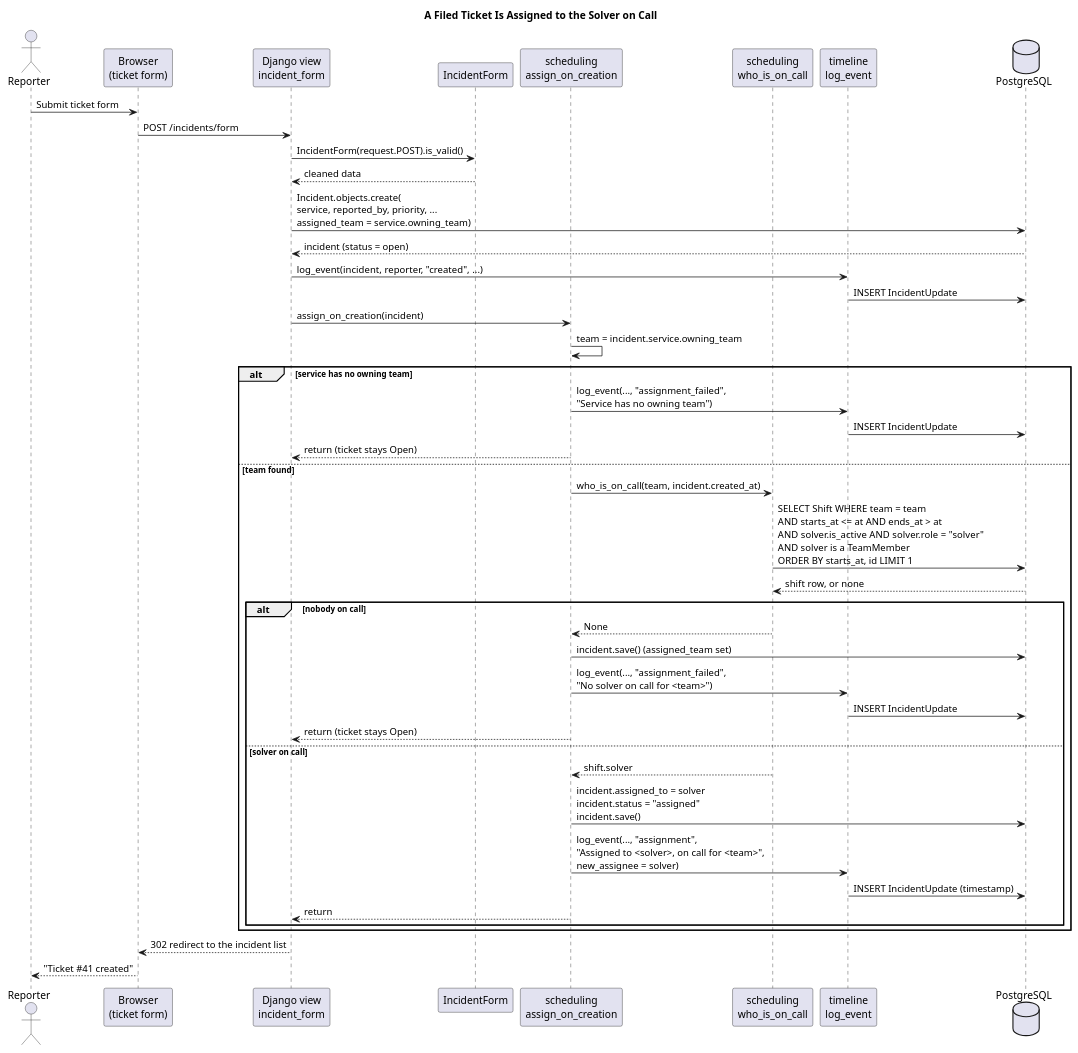
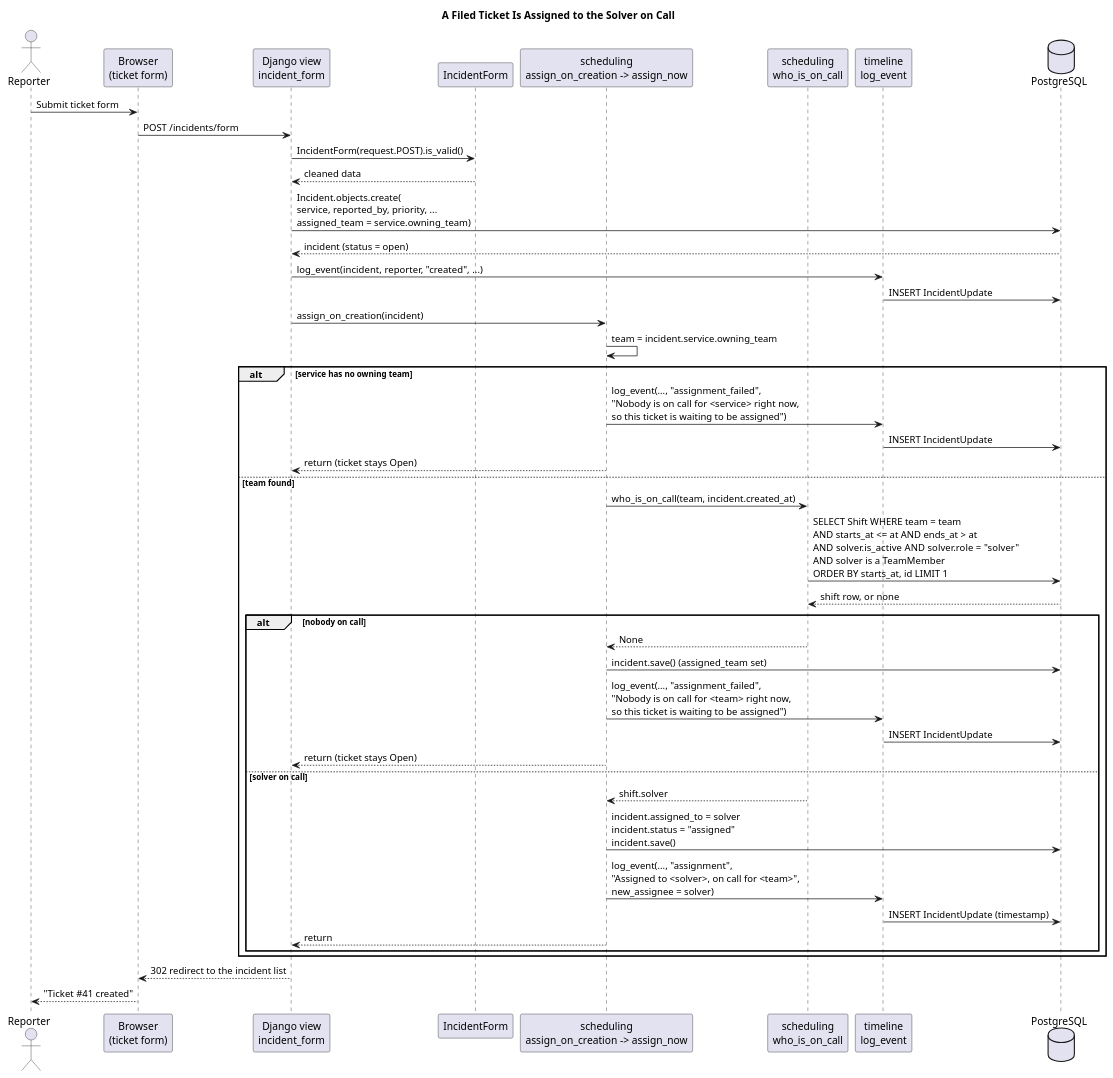
Before and after one commit to ZiedRbd/COSC-3339-Fall-2026-Term-Project: the diagram in docs/assignment-sequence.puml, drawn with PlantUML.

Commit message:
Assignment sequence diagram uses the current timeline wording and names assign_now

```diff
--- a/docs/assignment-sequence.puml
+++ b/docs/assignment-sequence.puml
@@ -1,49 +1,49 @@
 @startuml
 title A Filed Ticket Is Assigned to the Solver on Call
 
 actor Reporter
 participant "Browser\n(ticket form)" as Browser
 participant "Django view\nincident_form" as View
 participant "IncidentForm" as Form
-participant "scheduling\nassign_on_creation" as Assign
+participant "scheduling\nassign_on_creation -> assign_now" as Assign
 participant "scheduling\nwho_is_on_call" as OnCall
 participant "timeline\nlog_event" as Log
 database "PostgreSQL" as DB
 
 Reporter -> Browser : Submit ticket form
 Browser -> View : POST /incidents/form
 View -> Form : IncidentForm(request.POST).is_valid()
 Form --> View : cleaned data
 View -> DB : Incident.objects.create(\nservice, reported_by, priority, ...\nassigned_team = service.owning_team)
 DB --> View : incident (status = open)
 View -> Log : log_event(incident, reporter, "created", ...)
 Log -> DB : INSERT IncidentUpdate
 View -> Assign : assign_on_creation(incident)
 
 Assign -> Assign : team = incident.service.owning_team
 alt service has no owning team
-  Assign -> Log : log_event(..., "assignment_failed",\n"Service has no owning team")
+  Assign -> Log : log_event(..., "assignment_failed",\n"Nobody is on call for <service> right now,\nso this ticket is waiting to be assigned")
   Log -> DB : INSERT IncidentUpdate
   Assign --> View : return (ticket stays Open)
 else team found
   Assign -> OnCall : who_is_on_call(team, incident.created_at)
   OnCall -> DB : SELECT Shift WHERE team = team\nAND starts_at <= at AND ends_at > at\nAND solver.is_active AND solver.role = "solver"\nAND solver is a TeamMember\nORDER BY starts_at, id LIMIT 1
   DB --> OnCall : shift row, or none
   alt nobody on call
     OnCall --> Assign : None
     Assign -> DB : incident.save() (assigned_team set)
-    Assign -> Log : log_event(..., "assignment_failed",\n"No solver on call for <team>")
+    Assign -> Log : log_event(..., "assignment_failed",\n"Nobody is on call for <team> right now,\nso this ticket is waiting to be assigned")
     Log -> DB : INSERT IncidentUpdate
     Assign --> View : return (ticket stays Open)
   else solver on call
     OnCall --> Assign : shift.solver
     Assign -> DB : incident.assigned_to = solver\nincident.status = "assigned"\nincident.save()
     Assign -> Log : log_event(..., "assignment",\n"Assigned to <solver>, on call for <team>",\nnew_assignee = solver)
     Log -> DB : INSERT IncidentUpdate (timestamp)
     Assign --> View : return
   end
 end
 
 View --> Browser : 302 redirect to the incident list
 Browser --> Reporter : "Ticket #41 created"
 @enduml
```
